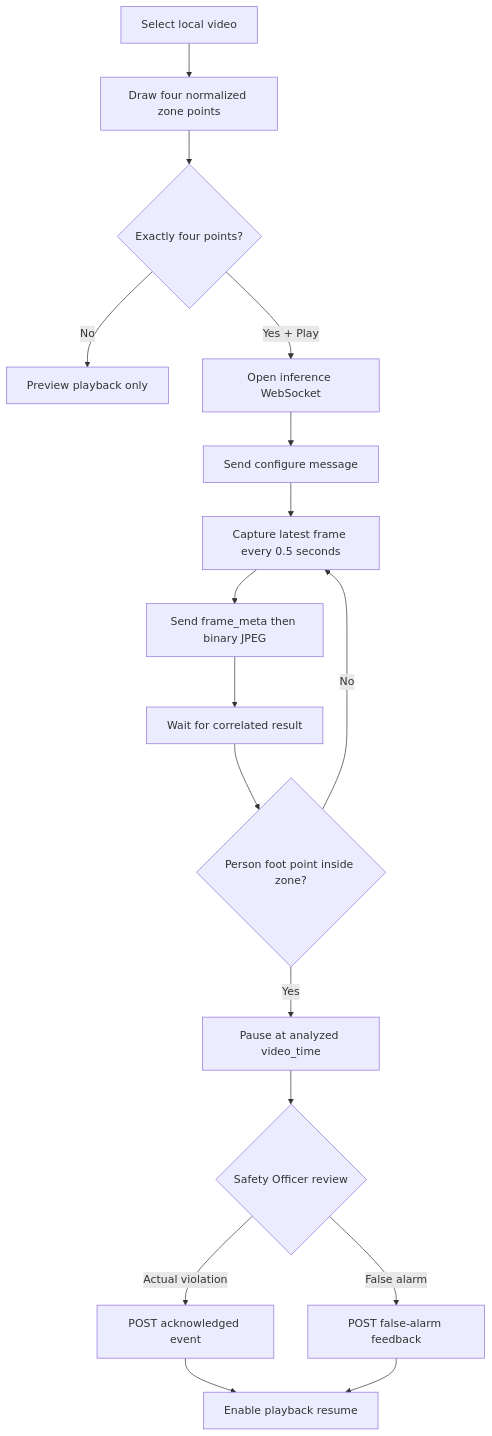
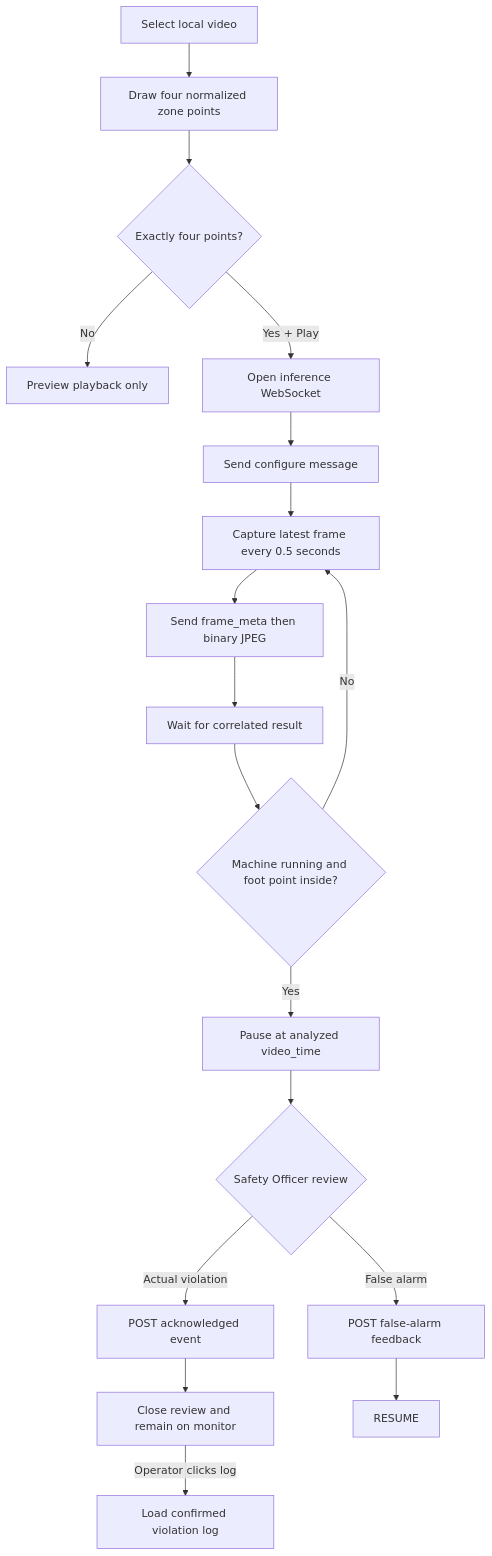
Before and after one commit to NguyenNhat4/Sentiel-safety-intelligent: the diagram in frontend/README.md, drawn with Mermaid. The commit also changed other lines of this file and 19 other files, not shown here.

````diff
--- a/frontend/README.md
+++ b/frontend/README.md
@@ -27,19 +28,20 @@
 ```mermaid
 flowchart TD
     UPLOAD[Select local video] --> ZONE[Draw four normalized zone points]
     ZONE --> READY{Exactly four points?}
     READY -->|No| PREVIEW[Preview playback only]
     READY -->|Yes + Play| CONNECT[Open inference WebSocket]
     CONNECT --> CONFIG[Send configure message]
     CONFIG --> SAMPLE[Capture latest frame every 0.5 seconds]
     SAMPLE --> SEND[Send frame_meta then binary JPEG]
     SEND --> WAIT[Wait for correlated result]
-    WAIT --> DETECT{Person foot point inside zone?}
+    WAIT --> DETECT{Machine running and foot point inside?}
     DETECT -->|No| SAMPLE
     DETECT -->|Yes| PAUSE[Pause at analyzed video_time]
     PAUSE --> REVIEW{Safety Officer review}
     REVIEW -->|Actual violation| SAVE[POST acknowledged event]
     REVIEW -->|False alarm| FEEDBACK[POST false-alarm feedback]
-    SAVE --> RESUME[Enable playback resume]
+    SAVE --> MONITOR[Close review and remain on monitor]
+    MONITOR -->|Operator clicks log| LOG[Load confirmed violation log]
     FEEDBACK --> RESUME
 ```
````
